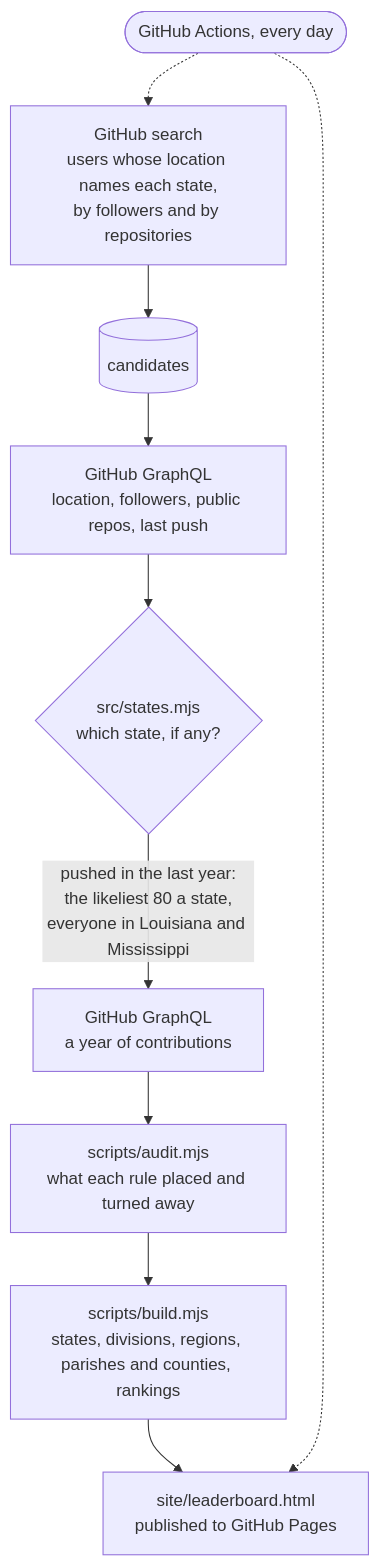
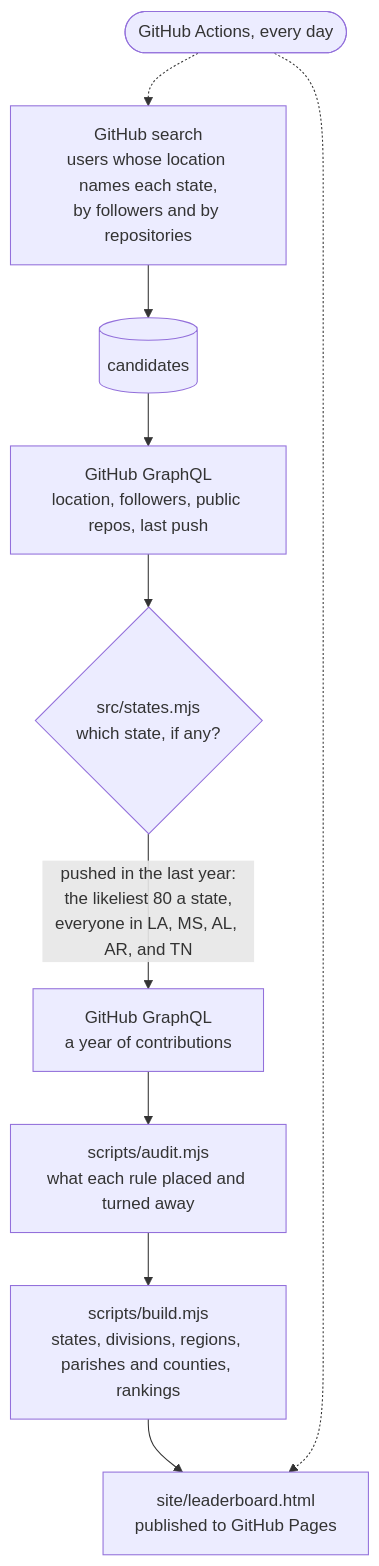
The diagram in README.md (wbp318/github-leaderboard), drawn with Mermaid before and after one commit. The commit also changed other lines of this file and 19 other files, not shown here.

````diff
--- a/README.md
+++ b/README.md
@@ -52,12 +55,12 @@
 ```mermaid
 flowchart TD
     search["GitHub search<br/>users whose location names each state,<br/>by followers and by repositories"] --> cands[("candidates")]
     cands --> prof["GitHub GraphQL<br/>location, followers, public repos, last push"]
     prof --> place{"src/states.mjs<br/>which state, if any?"}
-    place -->|"pushed in the last year:<br/>the likeliest 80 a state,<br/>everyone in Louisiana and Mississippi"| contrib["GitHub GraphQL<br/>a year of contributions"]
+    place -->|"pushed in the last year:<br/>the likeliest 80 a state,<br/>everyone in LA, MS, AL, AR, and TN"| contrib["GitHub GraphQL<br/>a year of contributions"]
     contrib --> audit["scripts/audit.mjs<br/>what each rule placed and turned away"]
     audit --> build["scripts/build.mjs<br/>states, divisions, regions, parishes and counties, rankings"]
     build --> page["site/leaderboard.html<br/>published to GitHub Pages"]
     daily(["GitHub Actions, every day"]) -.-> search
     daily -.-> page
 ```
````
